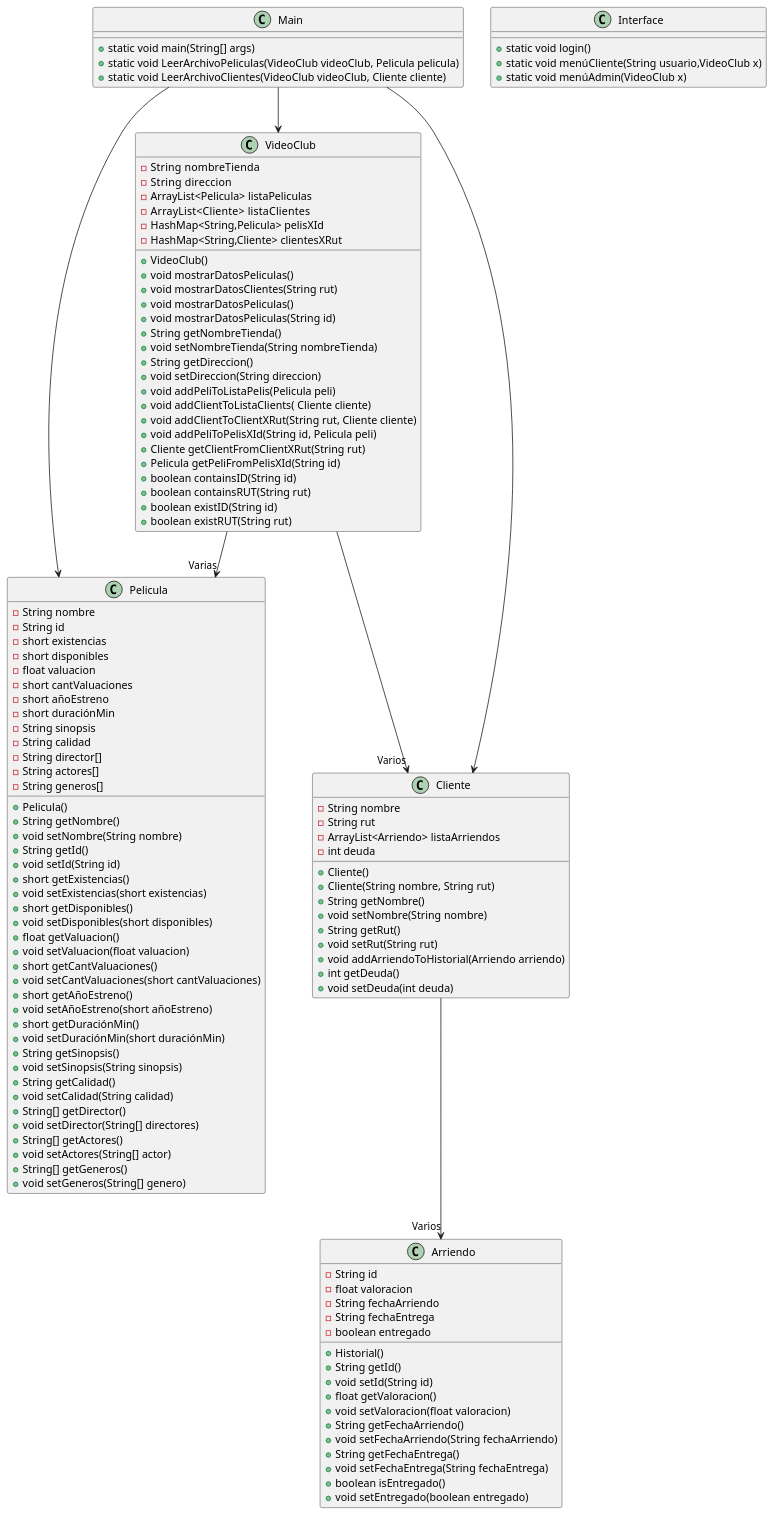
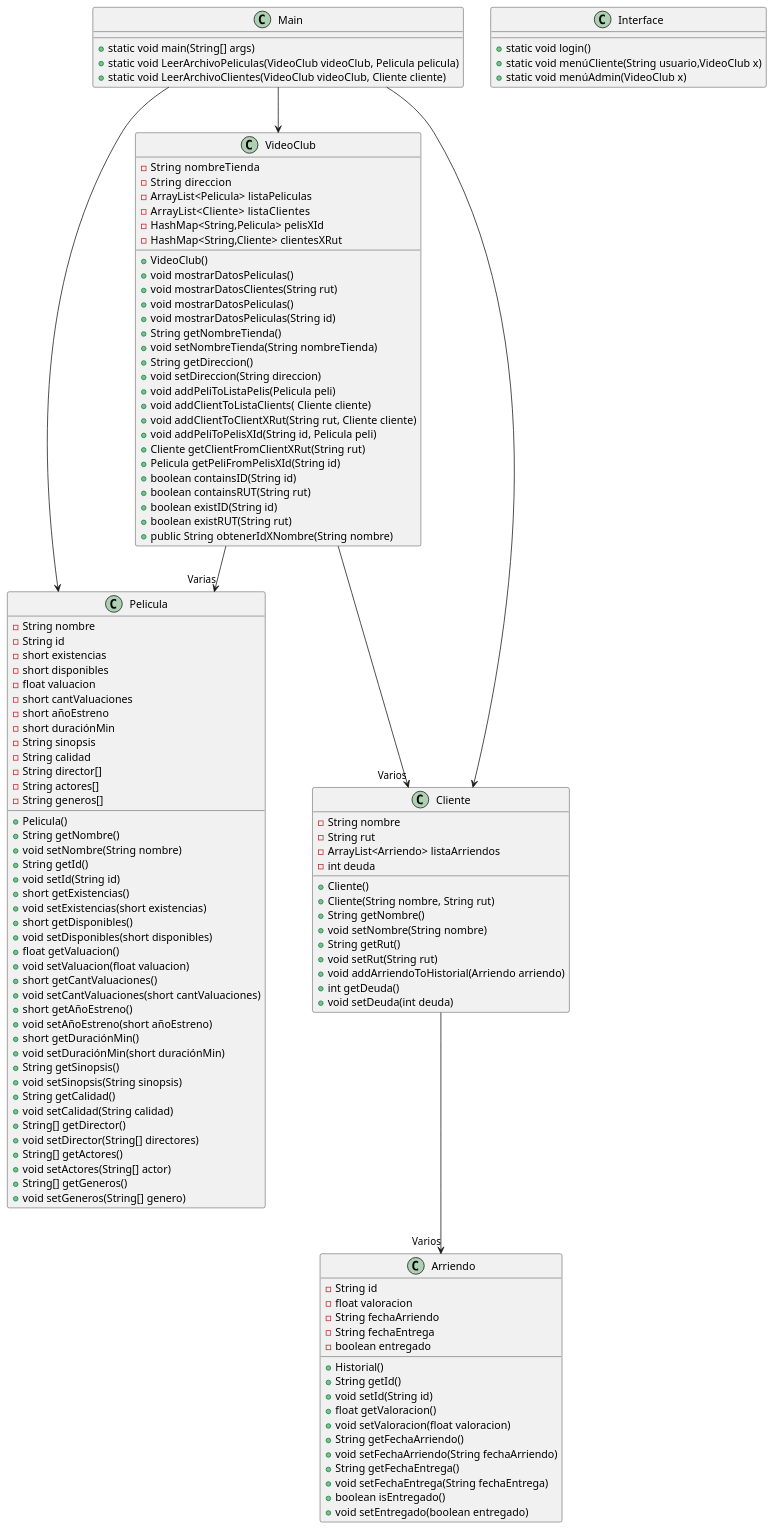
Before and after one commit to luis922/Proyecto-POO-2S-2021: the diagram in Videoclub/src/main/java/Test UML.puml, drawn with PlantUML. The commit also changed 9 other files, not shown here.

```diff
--- a/Videoclub/src/main/java/Test UML.puml
+++ b/Videoclub/src/main/java/Test UML.puml
@@ -1,130 +1,131 @@
 @startuml
 Main --> VideoClub
 Main --> Pelicula
 Main --> Cliente
 VideoClub  --> "Varios" Cliente
 VideoClub  --> "Varias" Pelicula
 Cliente  --> "Varios"Arriendo
 
 class VideoClub{
     -String  nombreTienda
     -String  direccion
     -ArrayList<Pelicula> listaPeliculas
     -ArrayList<Cliente>   listaClientes
     -HashMap<String,Pelicula> pelisXId
     -HashMap<String,Cliente> clientesXRut
 
     +VideoClub()
     +void mostrarDatosPeliculas()
     +void mostrarDatosClientes(String rut)
     +void mostrarDatosPeliculas()
     +void mostrarDatosPeliculas(String id)
     +String getNombreTienda()
     +void setNombreTienda(String nombreTienda)
     +String getDireccion()
     +void setDireccion(String direccion)
     +void addPeliToListaPelis(Pelicula peli)
     +void addClientToListaClients( Cliente cliente)
     +void addClientToClientXRut(String rut, Cliente cliente)
     +void addPeliToPelisXId(String id, Pelicula peli)
     +Cliente getClientFromClientXRut(String rut)
     +Pelicula getPeliFromPelisXId(String id)
     +boolean containsID(String id)
     +boolean containsRUT(String rut)
     +boolean existID(String id)
     +boolean existRUT(String rut)
+    +public String obtenerIdXNombre(String nombre)
 }
 
 class Cliente{
     -String nombre
     -String rut
     -ArrayList<Arriendo> listaArriendos
     -int deuda
 
     +Cliente()
     +Cliente(String nombre, String rut)
     +String getNombre()
     +void setNombre(String nombre)
     +String getRut()
     +void setRut(String rut)
     +void addArriendoToHistorial(Arriendo arriendo)
     +int getDeuda()
     +void setDeuda(int deuda)
 }
 
 class Pelicula{
     -String nombre
     -String id
     -short existencias
     -short disponibles
     -float valuacion
     -short cantValuaciones
     -short añoEstreno
     -short duraciónMin
     -String sinopsis
     -String calidad
     -String director[]
     -String actores[]
     -String generos[]
 
     +Pelicula()
     +String getNombre()
     +void setNombre(String nombre)
     +String getId()
     +void setId(String id)
     +short getExistencias()
     +void setExistencias(short existencias)
     +short getDisponibles()
     +void setDisponibles(short disponibles)
     +float getValuacion()
     +void setValuacion(float valuacion)
     +short getCantValuaciones()
     +void setCantValuaciones(short cantValuaciones)
     +short getAñoEstreno()
     +void setAñoEstreno(short añoEstreno)
     +short getDuraciónMin()
     +void setDuraciónMin(short duraciónMin)
     +String getSinopsis()
     +void setSinopsis(String sinopsis)
     +String getCalidad()
     +void setCalidad(String calidad)
     +String[] getDirector()
     +void setDirector(String[] directores)
     +String[] getActores()
     +void setActores(String[] actor)
     +String[] getGeneros()
     +void setGeneros(String[] genero)
 }
 
 class Arriendo{
     -String id
     -float valoracion
     -String fechaArriendo
     -String fechaEntrega
     -boolean entregado
 
     +Historial()
     +String getId()
     +void setId(String id)
     +float getValoracion()
     +void setValoracion(float valoracion)
     +String getFechaArriendo()
     +void setFechaArriendo(String fechaArriendo)
     +String getFechaEntrega()
     +void setFechaEntrega(String fechaEntrega)
     +boolean isEntregado()
     +void setEntregado(boolean entregado)
 }
 
 class Main{
     +static void main(String[] args)
     +static void LeerArchivoPeliculas(VideoClub videoClub, Pelicula pelicula)
     +static void LeerArchivoClientes(VideoClub videoClub, Cliente cliente)
 
 }
 class Interface{
     +static void login()
     +static void menúCliente(String usuario,VideoClub x)
     +static void menúAdmin(VideoClub x)
 }
 @enduml
```
